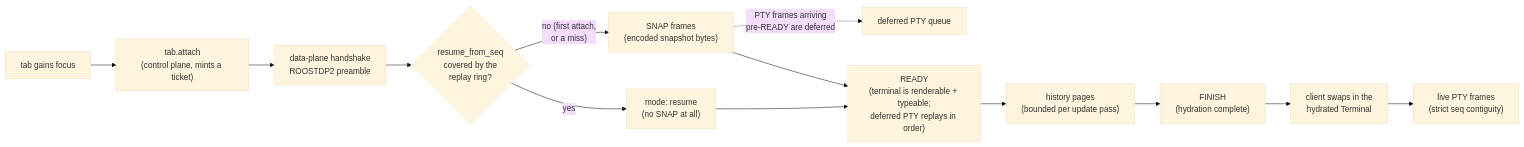
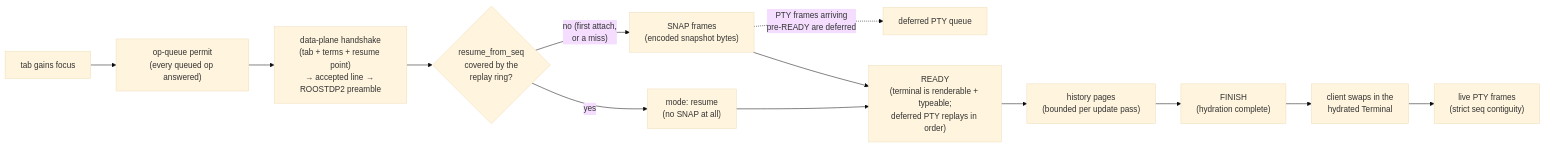
One commit to charliek/roost changed the second of 3 diagrams in docs/development/host-sessions.md. Above: the diagram before and after it, drawn with Mermaid (base theme). The commit also changed other lines of this file and 45 other files, not shown here.

````diff
--- a/docs/development/host-sessions.md
+++ b/docs/development/host-sessions.md
@@ -52,15 +52,15 @@
 ```mermaid
 flowchart LR
-  Focus["tab gains focus"] --> Attach["tab.attach<br/>(control plane, mints a ticket)"]
-  Attach --> Handshake["data-plane handshake<br/>ROOSTDP2 preamble"]
+  Focus["tab gains focus"] --> Permit["op-queue permit<br/>(every queued op answered)"]
+  Permit --> Handshake["data-plane handshake<br/>(tab + terms + resume point)<br/>→ accepted line → ROOSTDP2 preamble"]
   Handshake --> Check{"resume_from_seq<br/>covered by the<br/>replay ring?"}
   Check -- "no (first attach,<br/>or a miss)" --> Snap["SNAP frames<br/>(encoded snapshot bytes)"]
   Check -- "yes" --> ResumeMode["mode: resume<br/>(no SNAP at all)"]
   Snap -.->|"PTY frames arriving<br/>pre-READY are deferred"| Deferred["deferred PTY queue"]
   Snap --> Ready["READY<br/>(terminal is renderable + typeable;<br/>deferred PTY replays in order)"]
   ResumeMode --> Ready
   Ready --> History["history pages<br/>(bounded per update pass)"]
   History --> Finish["FINISH<br/>(hydration complete)"]
   Finish --> Swap["client swaps in the<br/>hydrated Terminal"]
   Swap --> Live["live PTY frames<br/>(strict seq contiguity)"]
 ```
````
